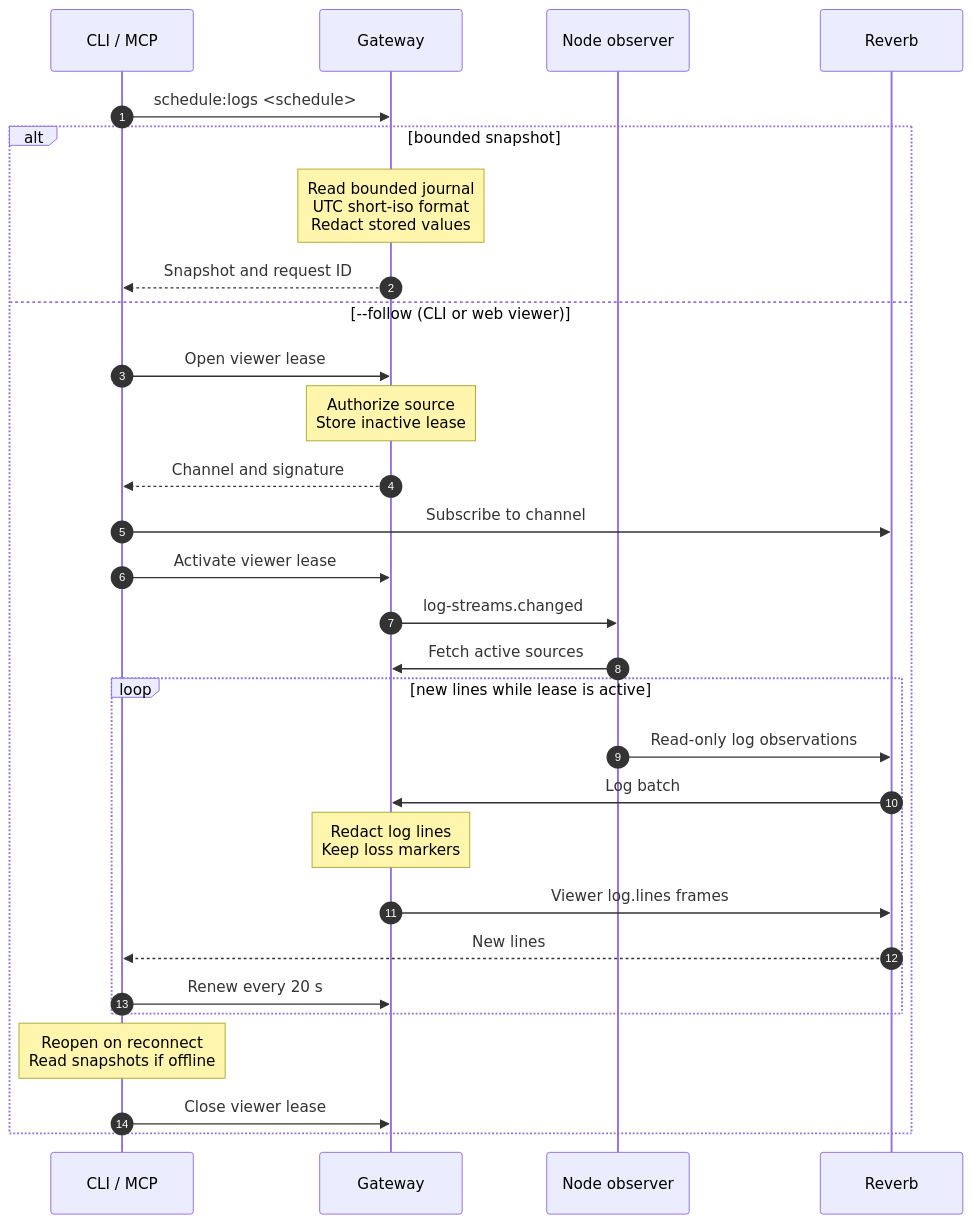
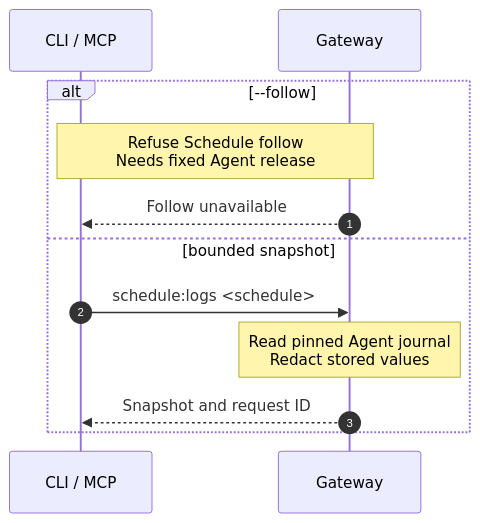
The diagram in docs/cli/schedule/logs.mmd (hardimpactdev/orbit), drawn with Mermaid before and after one commit. The commit also changed 16 other files, not shown here.

Commit message:
fix(logs): defer Schedule follow and preserve multiline journal entries

```diff
--- a/docs/cli/schedule/logs.mmd
+++ b/docs/cli/schedule/logs.mmd
@@ -1,32 +1,15 @@
 sequenceDiagram
   %% status: draft
   %% command: schedule:logs
   %% kind: schedule.logs
   autonumber
   participant CLI as CLI / MCP
   participant GW as Gateway
-  participant A as Node observer
-  participant R as Reverb
-  CLI->>GW: schedule:logs <schedule>
-  alt bounded snapshot
-    Note over GW: Read bounded journal<br/>UTC short-iso format<br/>Redact stored values
+  alt --follow
+    Note over CLI,GW: Refuse Schedule follow<br/>Needs fixed Agent release
+    GW-->>CLI: Follow unavailable
+  else bounded snapshot
+    CLI->>GW: schedule:logs <schedule>
+    Note over GW: Read pinned Agent journal<br/>Redact stored values
     GW-->>CLI: Snapshot and request ID
-  else --follow (CLI or web viewer)
-    CLI->>GW: Open viewer lease
-    Note over GW: Authorize source<br/>Store inactive lease
-    GW-->>CLI: Channel and signature
-    CLI->>R: Subscribe to channel
-    CLI->>GW: Activate viewer lease
-    GW->>A: log-streams.changed
-    A->>GW: Fetch active sources
-    loop new lines while lease is active
-      A->>R: Read-only log observations
-      R->>GW: Log batch
-      Note over GW: Redact log lines<br/>Keep loss markers
-      GW->>R: Viewer log.lines frames
-      R-->>CLI: New lines
-      CLI->>GW: Renew every 20 s
-    end
-    Note over CLI: Reopen on reconnect<br/>Read snapshots if offline
-    CLI->>GW: Close viewer lease
   end
```
